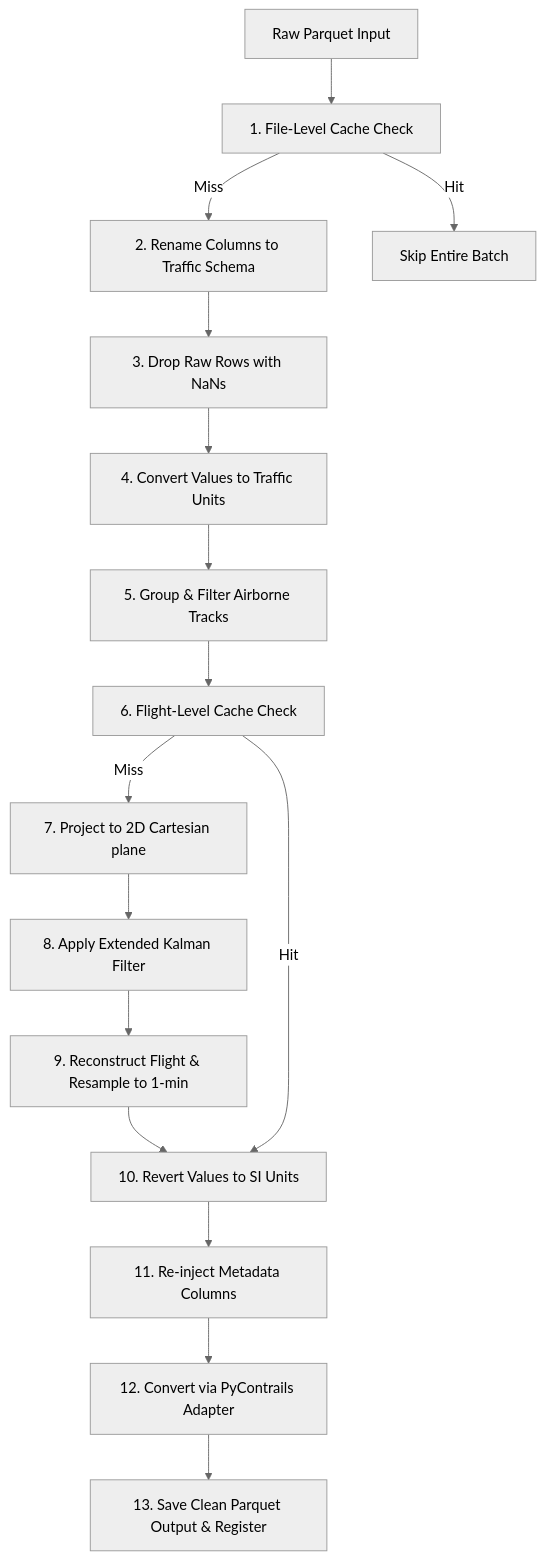
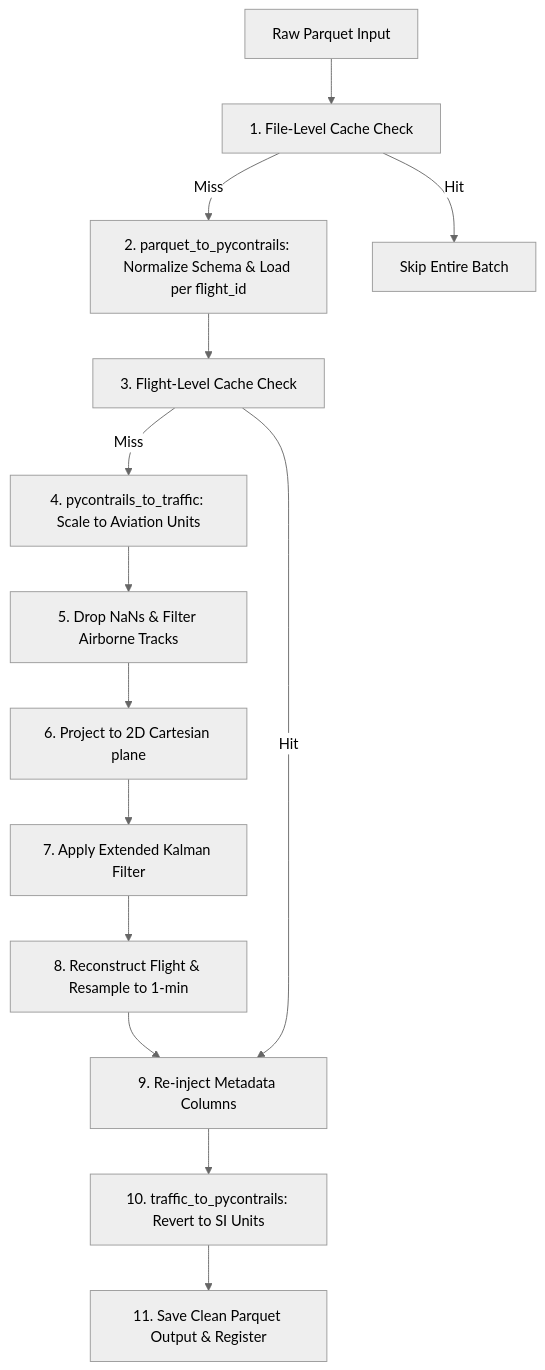
The diagram in src/processing/README.md (Bauzement123/flight-physics-pipeline), drawn with Mermaid (neutral theme) before and after one commit. The commit also changed other lines of this file and 8 other files, not shown here.

````diff
--- a/src/processing/README.md
+++ b/src/processing/README.md
@@ -53,18 +53,16 @@
 ```mermaid
 graph TD
     A[Raw Parquet Input] --> B[1. File-Level Cache Check]
-    B -->|Miss| C[2. Rename Columns to Traffic Schema]
+    B -->|Miss| C[2. parquet_to_pycontrails: Normalize Schema & Load per flight_id]
     B -->|Hit| O[Skip Entire Batch]
-    C --> D[3. Drop Raw Rows with NaNs]
-    D --> E[4. Convert Values to Traffic Units]
-    E --> F[5. Group & Filter Airborne Tracks]
-    F --> G[6. Flight-Level Cache Check]
-    G -->|Miss| H[7. Project to 2D Cartesian plane]
-    H --> I[8. Apply Extended Kalman Filter]
-    I --> J[9. Reconstruct Flight & Resample to 1-min]
-    J --> K[10. Revert Values to SI Units]
-    G -->|Hit| K
-    K --> L[11. Re-inject Metadata Columns]
-    L --> M[12. Convert via PyContrails Adapter]
-    M --> N[13. Save Clean Parquet Output & Register]
+    C --> D[3. Flight-Level Cache Check]
+    D -->|Miss| E[4. pycontrails_to_traffic: Scale to Aviation Units]
+    E --> F[5. Drop NaNs & Filter Airborne Tracks]
+    F --> G[6. Project to 2D Cartesian plane]
+    G --> H[7. Apply Extended Kalman Filter]
+    H --> I[8. Reconstruct Flight & Resample to 1-min]
+    I --> J[9. Re-inject Metadata Columns]
+    D -->|Hit| J
+    J --> K[10. traffic_to_pycontrails: Revert to SI Units]
+    K --> L[11. Save Clean Parquet Output & Register]
 ```
````
